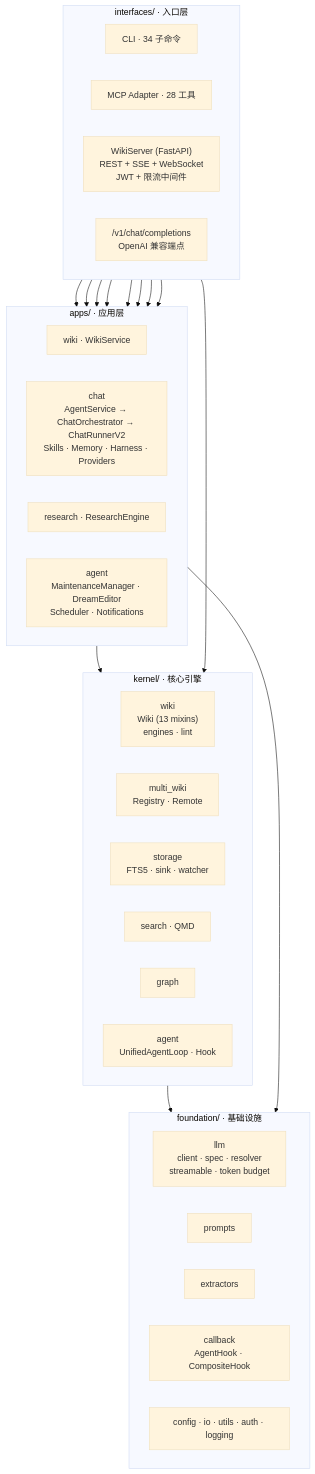
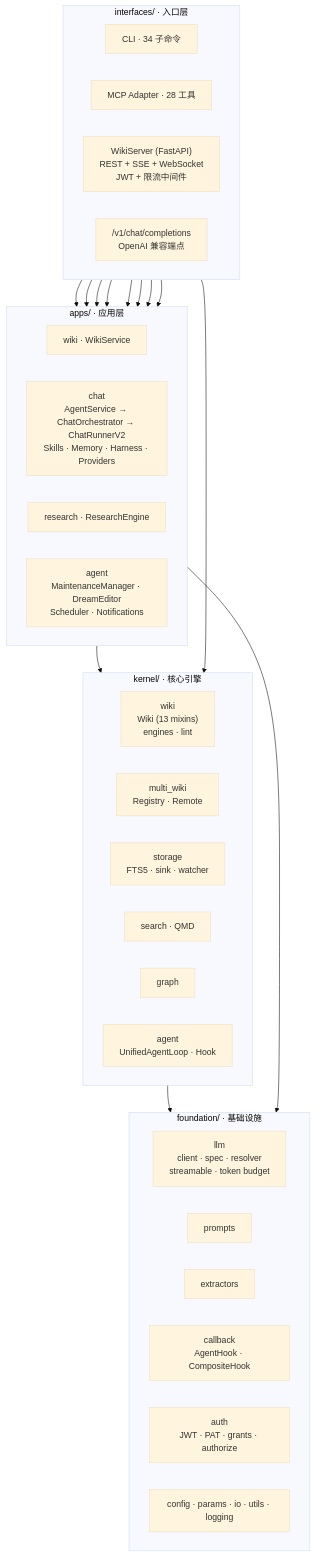
One commit to sn0wfree/llmwikify changed the first of 7 diagrams in docs/architecture/overview.md. Above: the diagram before and after it, drawn with Mermaid (base theme). The commit also changed other lines of this file and 4 other files, not shown here.

Commit message:
docs: 同步总览文档到多用户授权现状 — 架构图/授权模型/README 数字对齐实测

````diff
--- a/docs/architecture/overview.md
+++ b/docs/architecture/overview.md
@@ -45,45 +47,46 @@
 ```mermaid
 flowchart TB
     subgraph L4["interfaces/ · 入口层"]
         direction LR
         CLI["CLI · 34 子命令"]
         MCP["MCP Adapter · 28 工具"]
         SRV["WikiServer (FastAPI)<br/>REST + SSE + WebSocket<br/>JWT + 限流中间件"]
         OAI["/v1/chat/completions<br/>OpenAI 兼容端点"]
     end
 
     subgraph L3["apps/ · 应用层"]
         direction LR
         AW["wiki · WikiService"]
         AC["chat<br/>AgentService → ChatOrchestrator → ChatRunnerV2<br/>Skills · Memory · Harness · Providers"]
         AR["research · ResearchEngine"]
         AA["agent<br/>MaintenanceManager · DreamEditor<br/>Scheduler · Notifications"]
     end
 
     subgraph L2["kernel/ · 核心引擎"]
         direction LR
         KW["wiki<br/>Wiki (13 mixins)<br/>engines · lint"]
         KMW["multi_wiki<br/>Registry · Remote"]
         KST["storage<br/>FTS5 · sink · watcher"]
         KS["search · QMD"]
         KG["graph"]
         KA["agent<br/>UnifiedAgentLoop · Hook"]
     end
 
     subgraph L1["foundation/ · 基础设施"]
         direction LR
         FL["llm<br/>client · spec · resolver<br/>streamable · token budget"]
         FP["prompts"]
         FE["extractors"]
         FC["callback<br/>AgentHook · CompositeHook"]
-        FX["config · io · utils · auth · logging"]
+        FA["auth<br/>JWT · PAT · grants · authorize"]
+        FX["config · params · io · utils · logging"]
     end
 
     CLI --> AC & AW & AR
     MCP --> KMW
     SRV --> AC & AW & AR & AA
     OAI --> AC
     L3 --> L2
     L3 --> L1
     L2 --> L1
 ```
````
